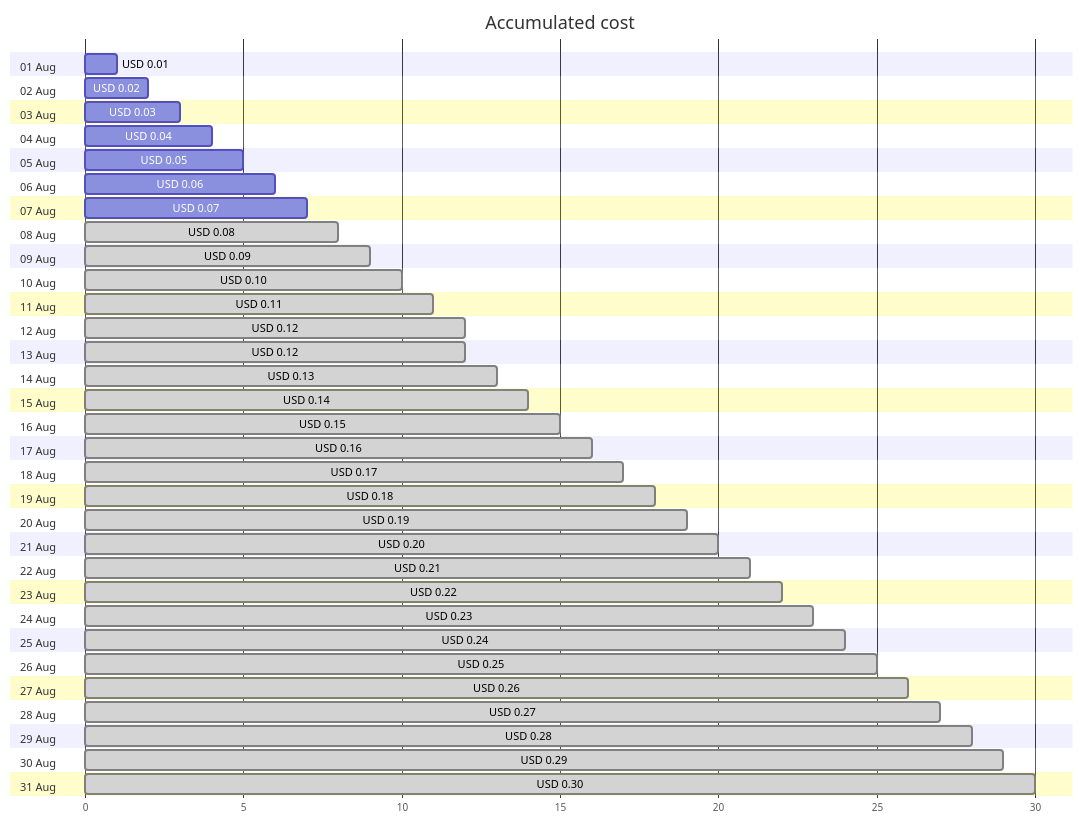
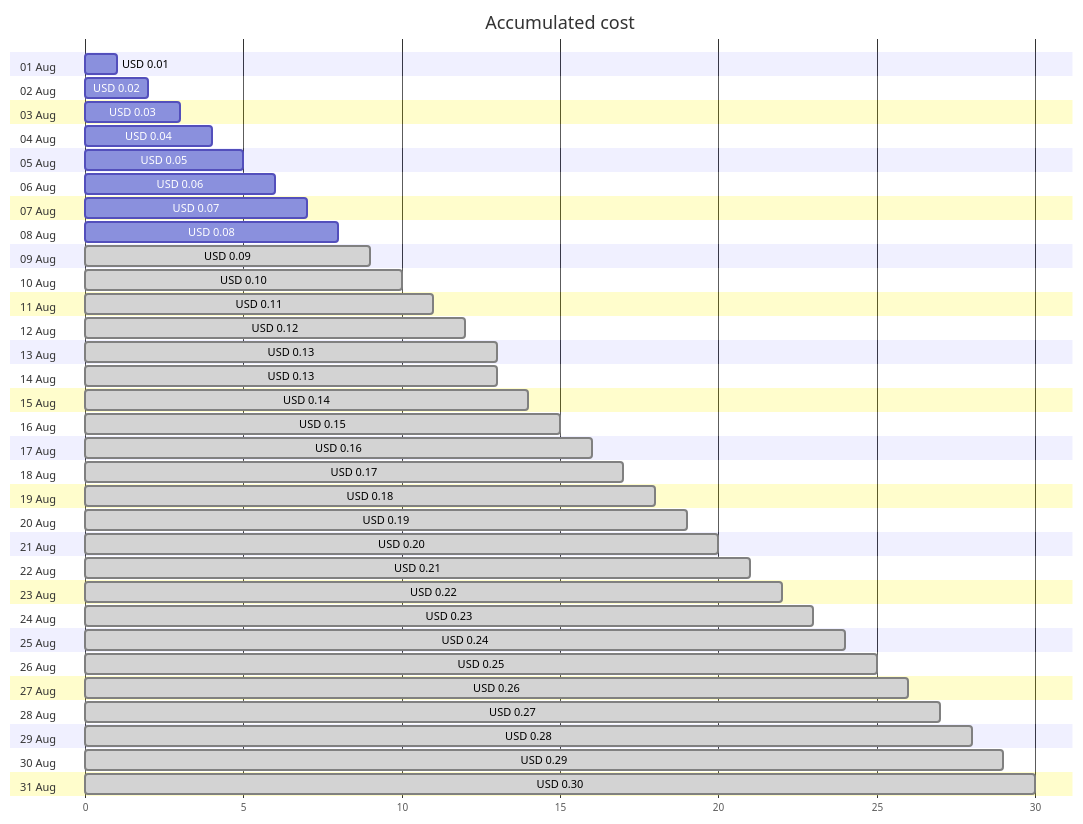
Before and after one commit to jpfulton/azure-personal-reports: the first of 4 diagrams in cost-reports/cloud-shell-storage-eastus/README.md, drawn with Mermaid. The commit also changed other lines of this file and 1 other file, not shown here.

````diff
--- a/cost-reports/cloud-shell-storage-eastus/README.md
+++ b/cost-reports/cloud-shell-storage-eastus/README.md
@@ -20,68 +20,68 @@
 ```mermaid
 gantt
    title Accumulated cost
    dateFormat  X
    axisFormat %s
    section 01 Aug
    USD 0.01 :0, 1
    section 02 Aug
    USD 0.02 :0, 2
    section 03 Aug
    USD 0.03 :0, 3
    section 04 Aug
    USD 0.04 :0, 4
    section 05 Aug
    USD 0.05 :0, 5
    section 06 Aug
    USD 0.06 :0, 6
    section 07 Aug
    USD 0.07 :0, 7
    section 08 Aug
-   USD 0.08 : done, 0, 8
+   USD 0.08 :0, 8
    section 09 Aug
    USD 0.09 : done, 0, 9
    section 10 Aug
    USD 0.10 : done, 0, 10
    section 11 Aug
    USD 0.11 : done, 0, 11
    section 12 Aug
    USD 0.12 : done, 0, 12
    section 13 Aug
-   USD 0.12 : done, 0, 12
+   USD 0.13 : done, 0, 13
    section 14 Aug
    USD 0.13 : done, 0, 13
    section 15 Aug
    USD 0.14 : done, 0, 14
    section 16 Aug
    USD 0.15 : done, 0, 15
    section 17 Aug
    USD 0.16 : done, 0, 16
    section 18 Aug
    USD 0.17 : done, 0, 17
    section 19 Aug
    USD 0.18 : done, 0, 18
    section 20 Aug
    USD 0.19 : done, 0, 19
    section 21 Aug
    USD 0.20 : done, 0, 20
    section 22 Aug
    USD 0.21 : done, 0, 21
    section 23 Aug
    USD 0.22 : done, 0, 22
    section 24 Aug
    USD 0.23 : done, 0, 23
    section 25 Aug
    USD 0.24 : done, 0, 24
    section 26 Aug
    USD 0.25 : done, 0, 25
    section 27 Aug
    USD 0.26 : done, 0, 26
    section 28 Aug
    USD 0.27 : done, 0, 27
    section 29 Aug
    USD 0.28 : done, 0, 28
    section 30 Aug
    USD 0.29 : done, 0, 29
    section 31 Aug
    USD 0.30 : done, 0, 30
 ```
````
